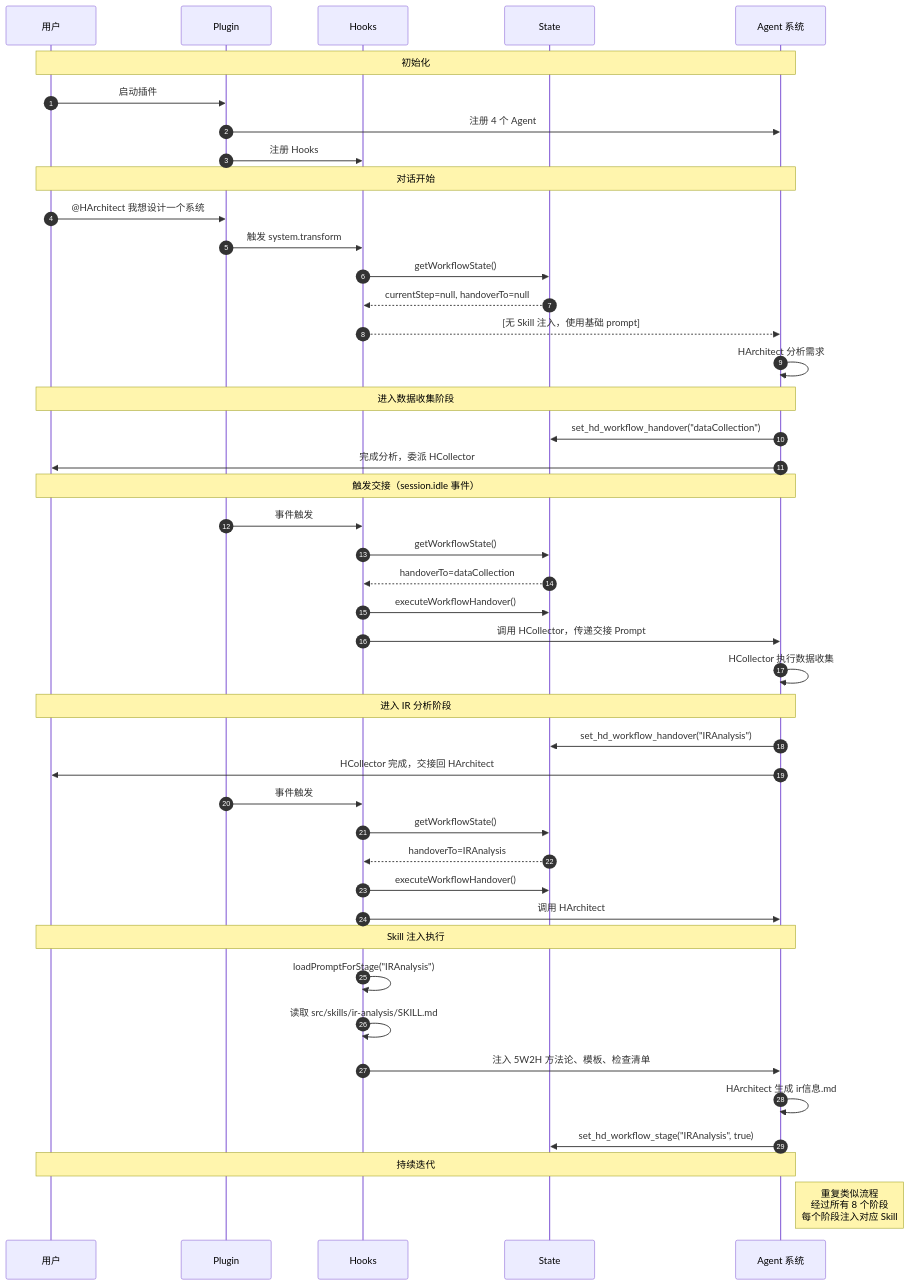
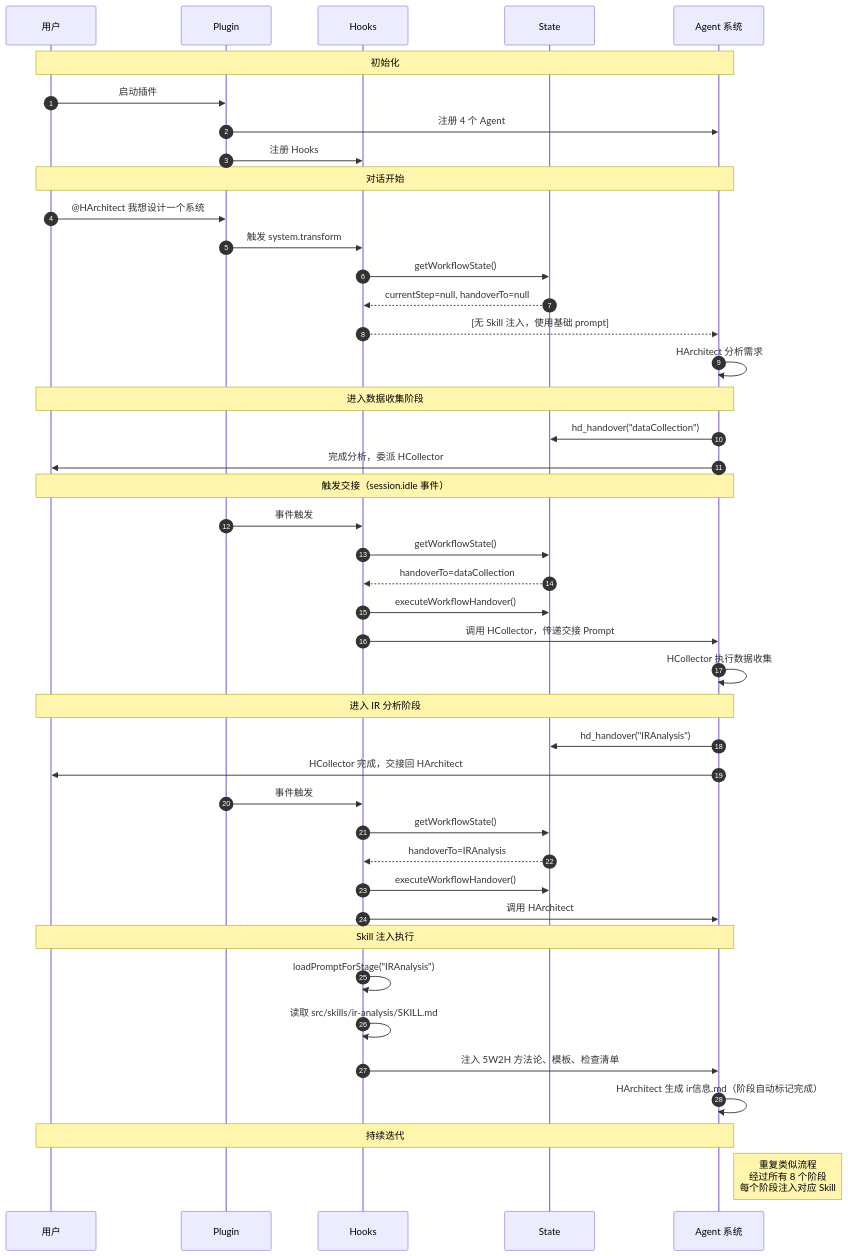
Before and after one commit to aiimoyu/hyper-designer: the fourth of 4 diagrams in TECHNICAL_WIKI.md, drawn with Mermaid. The commit also changed other lines of this file and 49 other files, not shown here.

````diff
--- a/TECHNICAL_WIKI.md
+++ b/TECHNICAL_WIKI.md
@@ -672,54 +672,53 @@
 ```mermaid
 sequenceDiagram
     autonumber
     participant U as 用户
     participant P as Plugin
     participant H as Hooks
     participant S as State
     participant Agents as Agent 系统
 
     Note over U,Agents: 初始化
     U->>P: 启动插件
     P->>Agents: 注册 4 个 Agent
     P->>H: 注册 Hooks
 
     Note over U,Agents: 对话开始
     U->>P: @HArchitect 我想设计一个系统
     P->>H: 触发 system.transform
     H->>S: getWorkflowState()
     S-->>H: currentStep=null, handoverTo=null
     H-->>Agents: [无 Skill 注入，使用基础 prompt]
     Agents->>Agents: HArchitect 分析需求
 
     Note over U,Agents: 进入数据收集阶段
-    Agents->>S: set_hd_workflow_handover("dataCollection")
+    Agents->>S: hd_handover("dataCollection")
     Agents->>U: 完成分析，委派 HCollector
 
     Note over U,Agents: 触发交接（session.idle 事件）
     P->>H: 事件触发
     H->>S: getWorkflowState()
     S-->>H: handoverTo=dataCollection
     H->>S: executeWorkflowHandover()
     H->>Agents: 调用 HCollector，传递交接 Prompt
     Agents->>Agents: HCollector 执行数据收集
 
     Note over U,Agents: 进入 IR 分析阶段
-    Agents->>S: set_hd_workflow_handover("IRAnalysis")
+    Agents->>S: hd_handover("IRAnalysis")
     Agents->>U: HCollector 完成，交接回 HArchitect
 
     P->>H: 事件触发
     H->>S: getWorkflowState()
     S-->>H: handoverTo=IRAnalysis
     H->>S: executeWorkflowHandover()
     H->>Agents: 调用 HArchitect
 
     Note over U,Agents: Skill 注入执行
     H->>H: loadPromptForStage("IRAnalysis")
     H->>H: 读取 src/skills/ir-analysis/SKILL.md
     H->>Agents: 注入 5W2H 方法论、模板、检查清单
-    Agents->>Agents: HArchitect 生成 ir信息.md
-    Agents->>S: set_hd_workflow_stage("IRAnalysis", true)
+    Agents->>Agents: HArchitect 生成 ir信息.md（阶段自动标记完成）
 
     Note over U,Agents: 持续迭代
     Note right of Agents: 重复类似流程<br/>经过所有 8 个阶段<br/>每个阶段注入对应 Skill
 ```
````
